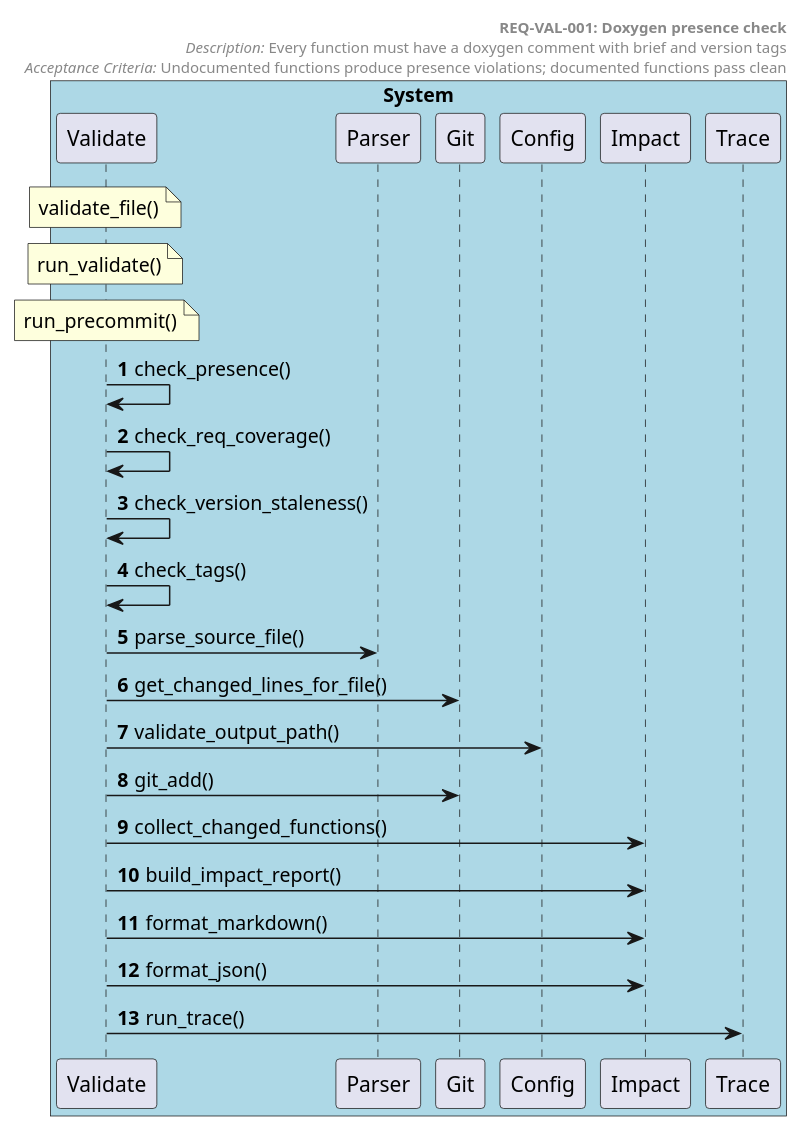
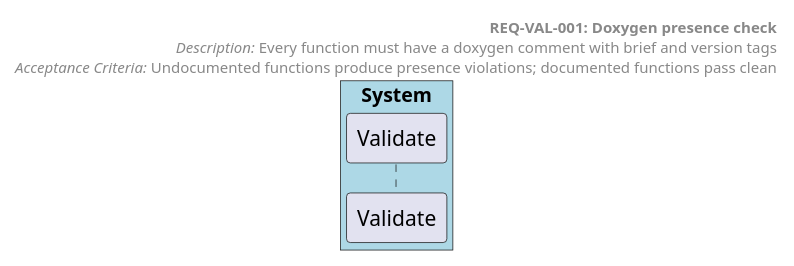
The diagram in docs/generated/sequences/REQ-VAL-001.puml (tvanfossen/doxygen-guard), drawn with PlantUML before and after one commit. The commit also changed 35 other files, not shown here.

First line of the commit message:
Add tree-sitter AST pipeline for behavioral sequence diagrams

```diff
--- a/docs/generated/sequences/REQ-VAL-001.puml
+++ b/docs/generated/sequences/REQ-VAL-001.puml
@@ -1,37 +1,15 @@
 @startuml REQ-VAL-001 Doxygen presence check
 autonumber
 
 box "System" #LightBlue
   participant "Validate" as Validate
-  participant "Parser" as Parser
-  participant "Git" as Git
-  participant "Config" as Config
-  participant "Impact" as Impact
-  participant "Trace" as Trace
 end box
 
 header
   **REQ-VAL-001: Doxygen presence check**
   //Description:// Every function must have a doxygen comment with brief and version tags
   //Acceptance Criteria:// Undocumented functions produce presence violations; documented functions pass clean
 end header
 
-note over Validate: validate_file()
-note over Validate: run_validate()
-note over Validate: run_precommit()
-
-Validate -> Validate: check_presence()
-Validate -> Validate: check_req_coverage()
-Validate -> Validate: check_version_staleness()
-Validate -> Validate: check_tags()
-Validate -> Parser: parse_source_file()
-Validate -> Git: get_changed_lines_for_file()
-Validate -> Config: validate_output_path()
-Validate -> Git: git_add()
-Validate -> Impact: collect_changed_functions()
-Validate -> Impact: build_impact_report()
-Validate -> Impact: format_markdown()
-Validate -> Impact: format_json()
-Validate -> Trace: run_trace()
 
 @enduml
```
